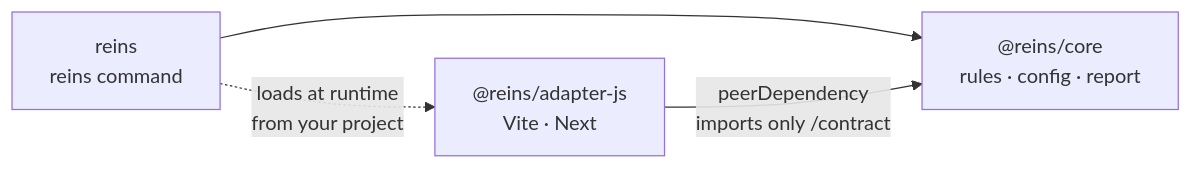
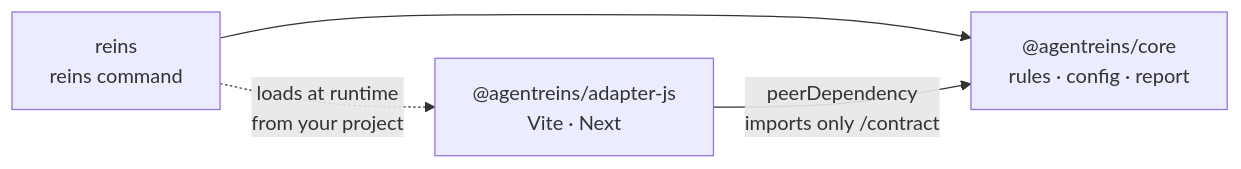
One commit to fredarcito/reins changed the seventh of 15 diagrams in README.md. Above: the diagram before and after it, drawn with Mermaid. The commit also changed other lines of this file and 53 other files, not shown here.

````diff
--- a/README.md
+++ b/README.md
@@ -231,6 +231,6 @@
 ```mermaid
 flowchart LR
-    cli["reins<br/>reins command"] --> core["@reins/core<br/>rules · config · report"]
-    cli -. "loads at runtime<br/>from your project" .-> adapter["@reins/adapter-js<br/>Vite · Next"]
+    cli["reins<br/>reins command"] --> core["@agentreins/core<br/>rules · config · report"]
+    cli -. "loads at runtime<br/>from your project" .-> adapter["@agentreins/adapter-js<br/>Vite · Next"]
     adapter -- "peerDependency<br/>imports only /contract" --> core
 ```
````
